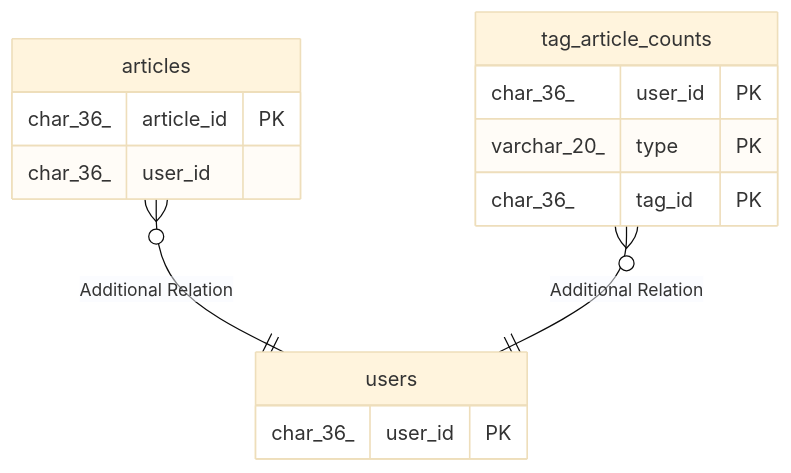
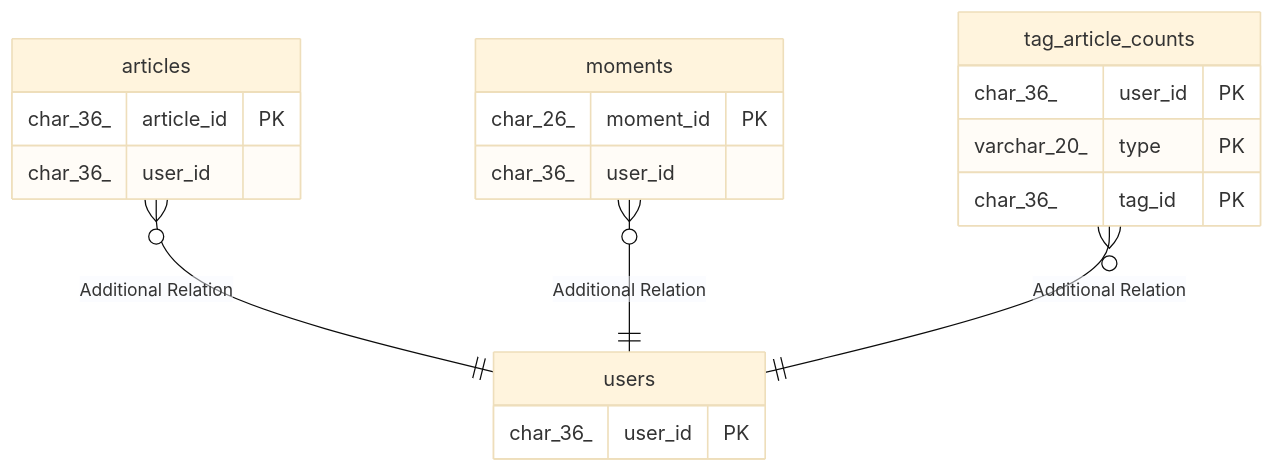
One commit to shuntaka9576/shuntaka-dev changed the diagram in docs/source/01_開発ドキュメント/05_db/users.md. Above: the diagram before and after it, drawn with Mermaid (base theme). The commit also changed other lines of this file and 9 other files, not shown here.

````diff
--- a/docs/source/01_開発ドキュメント/05_db/users.md
+++ b/docs/source/01_開発ドキュメント/05_db/users.md
@@ -56,19 +56,24 @@
 ```mermaid
 erDiagram
 
 "articles" }o--|| "users" : "Additional Relation"
+"moments" }o--|| "users" : "Additional Relation"
 "tag_article_counts" }o--|| "users" : "Additional Relation"
 
 "users" {
   char_36_ user_id PK
 }
 "articles" {
   char_36_ article_id PK
   char_36_ user_id
 }
+"moments" {
+  char_26_ moment_id PK
+  char_36_ user_id
+}
 "tag_article_counts" {
   char_36_ user_id PK
   varchar_20_ type PK
   char_36_ tag_id PK
 }
 ```
````
